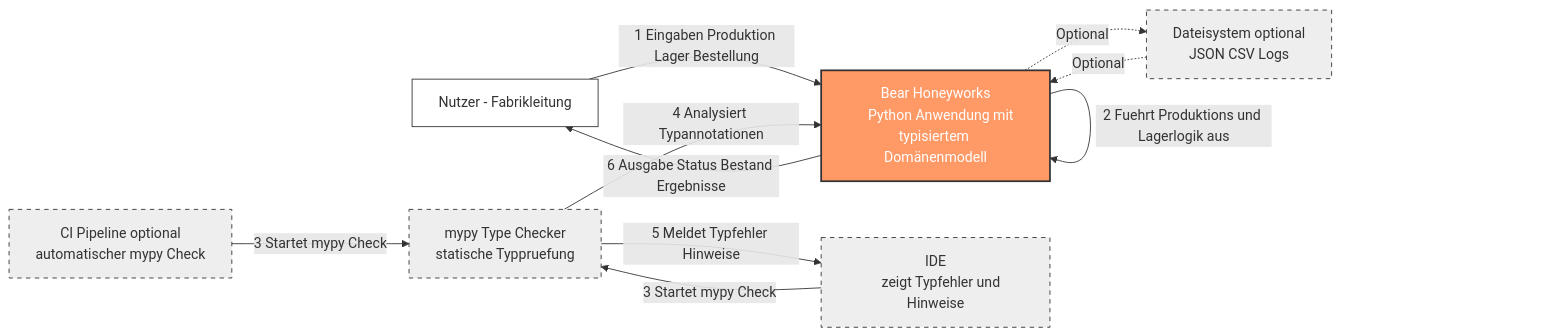
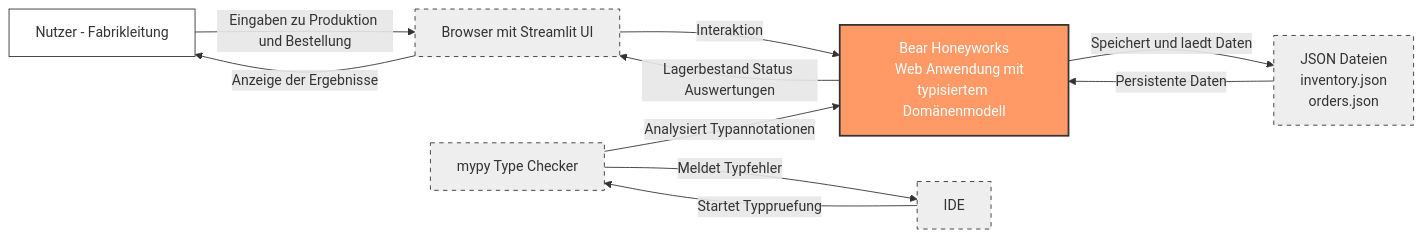
The third of 3 diagrams in src/student_projects/g08/docs/Konzept.md (sebastianbichler/IU_2026_EF_LE_BER_VC_Python), drawn with Mermaid before and after one commit. The commit also changed other lines of this file and 32 other files, not shown here.

Commit message:
Initial commit: Bear Honeyworks with mypy demo and Streamlit UI

````diff
--- a/src/student_projects/g08/docs/Konzept.md
+++ b/src/student_projects/g08/docs/Konzept.md
@@ -242,42 +259,35 @@
 ```mermaid
 flowchart LR
-    %% --- Styling Definitionen ---
+    %% Styling
     classDef system fill:#f96,stroke:#333,stroke-width:2px,color:white;
     classDef actor fill:#fff,stroke:#333,stroke-width:1px;
     classDef external fill:#eee,stroke:#333,stroke-dasharray: 5 5;
 
-    %% --- Knoten (Nodes) ---
+    %% Akteure
     User["Nutzer - Fabrikleitung"]:::actor
 
     %% Hauptsystem
     System["Bear Honeyworks
-    Python Anwendung mit typisiertem Domänenmodell"]:::system
+    Web Anwendung mit typisiertem Domänenmodell"]:::system
 
-    %% Externe Tools und Systeme
-    MyPyTool["mypy Type Checker
-    statische Typpruefung"]:::external
-    IDE["IDE
-    zeigt Typfehler und Hinweise"]:::external
-    CI["CI Pipeline optional
-    automatischer mypy Check"]:::external
-    FileSystem["Dateisystem optional
-    JSON CSV Logs"]:::external
+    %% Externe Tools / Systeme
+    Browser["Browser mit Streamlit UI"]:::external
+    MyPyTool["mypy Type Checker"]:::external
+    IDE["IDE"]:::external
+    JsonStore["JSON Dateien
+    inventory.json
+    orders.json"]:::external
 
-    %% --- Beziehungen (Data Flow) ---
-    %% User Interaktion
-    User -- "1 Eingaben Produktion Lager Bestellung" --> System
-    System -- "6 Ausgabe Status Bestand Ergebnisse" --> User
+    %% Beziehungen
+    User -->|Eingaben zu Produktion und Bestellung| Browser
+    Browser -->|Interaktion| System
+    System -->|Lagerbestand Status Auswertungen| Browser
+    Browser -->|Anzeige der Ergebnisse| User
 
-    %% System interne Verarbeitung
-    System -- "2 Fuehrt Produktions und Lagerlogik aus" --> System
+    System -->|Speichert und laedt Daten| JsonStore
+    JsonStore -->|Persistente Daten| System
 
-    %% mypy Check Ablauf
-    IDE -- "3 Startet mypy Check" --> MyPyTool
-    CI -- "3 Startet mypy Check" --> MyPyTool
-    MyPyTool -- "4 Analysiert Typannotationen" --> System
-    MyPyTool -- "5 Meldet Typfehler Hinweise" --> IDE
-
-    %% Persistenz optional
-    System -.-> |Optional| FileSystem
-    FileSystem -.-> |Optional| System
+    IDE -->|Startet Typpruefung| MyPyTool
+    MyPyTool -->|Analysiert Typannotationen| System
+    MyPyTool -->|Meldet Typfehler| IDE
  ```
````
